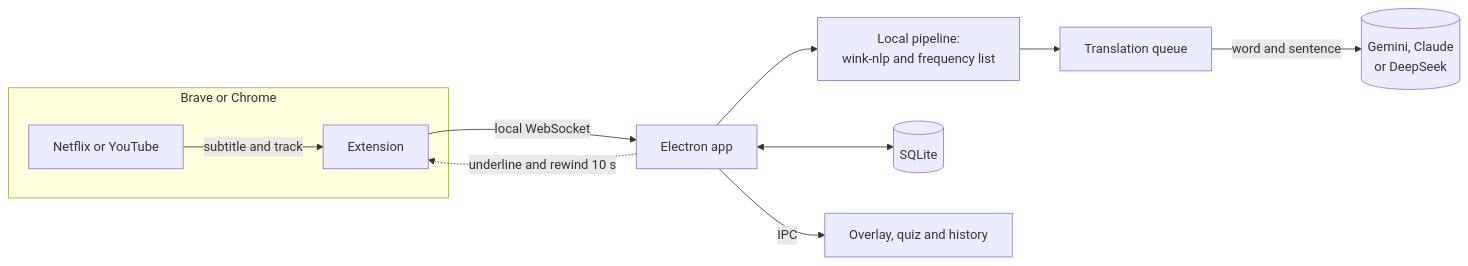
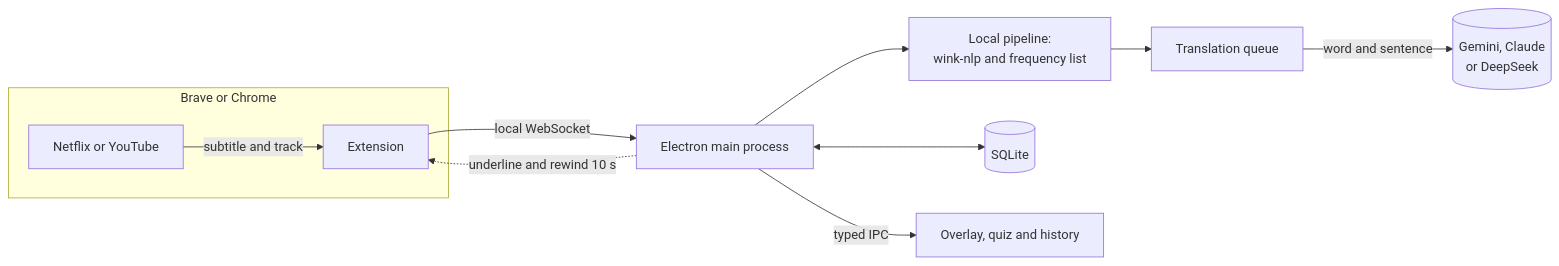
The diagram in README.md (lucasviinic/legendary), drawn with Mermaid before and after one commit. The commit also changed other lines of this file, not shown here.

````diff
--- a/README.md
+++ b/README.md
@@ -35,13 +65,13 @@
 ```mermaid
 flowchart LR
   subgraph browser["Brave or Chrome"]
     player["Netflix or YouTube"] -->|subtitle and track| ext["Extension"]
   end
-  ext -->|local WebSocket| main["Electron app"]
+  ext -->|local WebSocket| main["Electron main process"]
   main -.->|underline and rewind 10 s| ext
   main --> nlp["Local pipeline:<br/>wink-nlp and frequency list"]
   nlp --> queue["Translation queue"]
   queue -->|word and sentence| ai[("Gemini, Claude<br/>or DeepSeek")]
   main <--> db[("SQLite")]
-  main -->|IPC| ui["Overlay, quiz and history"]
+  main -->|typed IPC| ui["Overlay, quiz and history"]
 ```
````
